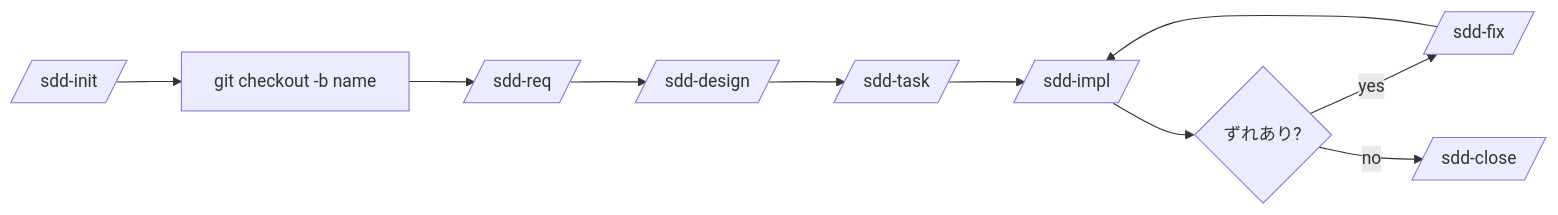
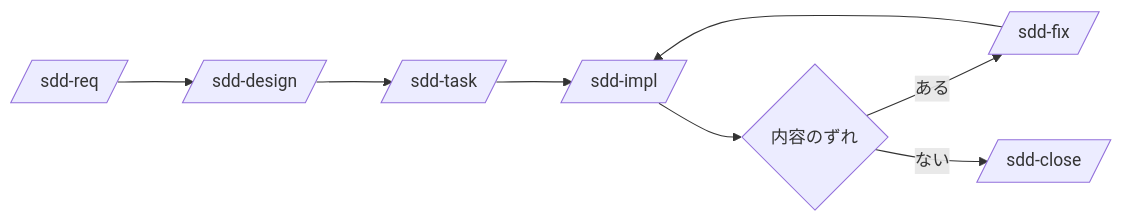
The second of 2 diagrams in README.ja.md (paterapatera/sdd-orc), drawn with Mermaid before and after one commit. The commit also changed other lines of this file and 1 other file, not shown here.

First line of the commit message:
docs: trim README to daily-use scope, fewer diagrams

````diff
--- a/README.ja.md
+++ b/README.ja.md
@@ -182,12 +136,10 @@
 ```mermaid
 flowchart LR
-  A[/sdd-init/] --> B["git checkout -b name"]
-  B --> C[/sdd-req/]
-  C --> D[/sdd-design/]
-  D --> E[/sdd-task/]
-  E --> F[/sdd-impl/]
-  F --> G{ずれあり?}
-  G -->|yes| H[/sdd-fix/]
-  H --> F
-  G -->|no| I[/sdd-close/]
+  R[/sdd-req/] --> D[/sdd-design/]
+  D --> T[/sdd-task/]
+  T --> I[/sdd-impl/]
+  I --> F{内容のずれ}
+  F -->|ある| X[/sdd-fix/]
+  X --> I
+  F -->|ない| C[/sdd-close/]
 ```
````
